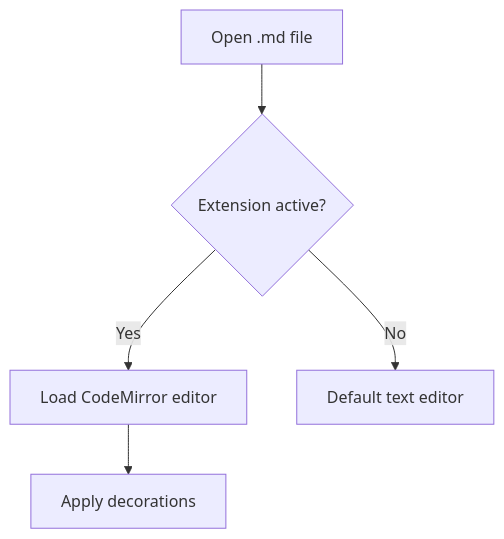
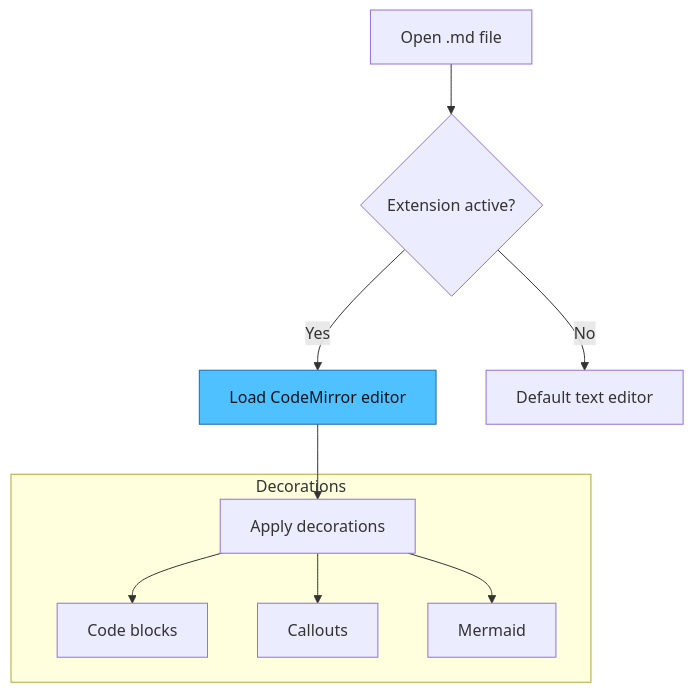
The first of 18 diagrams in packages/markdown-live/test-mermaid.md (trenaryja/extensions), drawn with Mermaid before and after one commit. The commit also changed other lines of this file, not shown here.

First line of the commit message:
test(markdown-live): expand mermaid fixture to 18 diagram types

````diff
--- a/packages/markdown-live/test-mermaid.md
+++ b/packages/markdown-live/test-mermaid.md
@@ -9,7 +12,16 @@
 ```mermaid
 flowchart TD
     A[Open .md file] --> B{Extension active?}
     B -- Yes --> C[Load CodeMirror editor]
     B -- No --> D[Default text editor]
     C --> E[Apply decorations]
+
+    subgraph Decorations
+        E --> F[Code blocks]
+        E --> G[Callouts]
+        E --> H[Mermaid]
+    end
+
+    classDef highlight fill:#4fc1ff,stroke:#1b6ca8,color:#08131c
+    class C highlight
 ```
````
